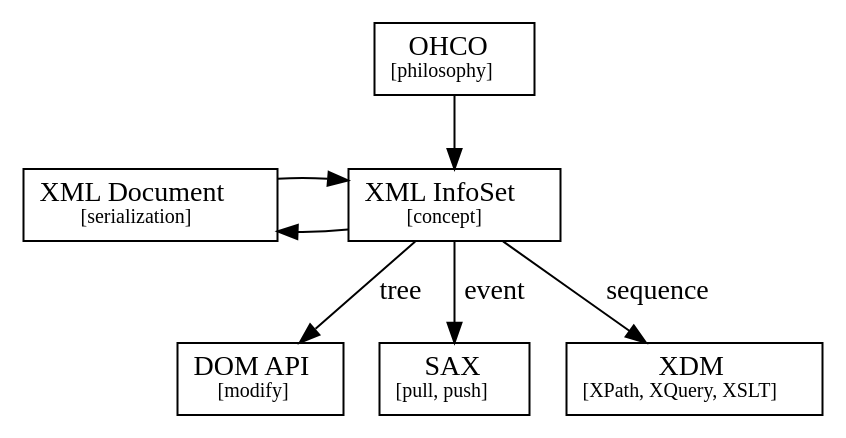
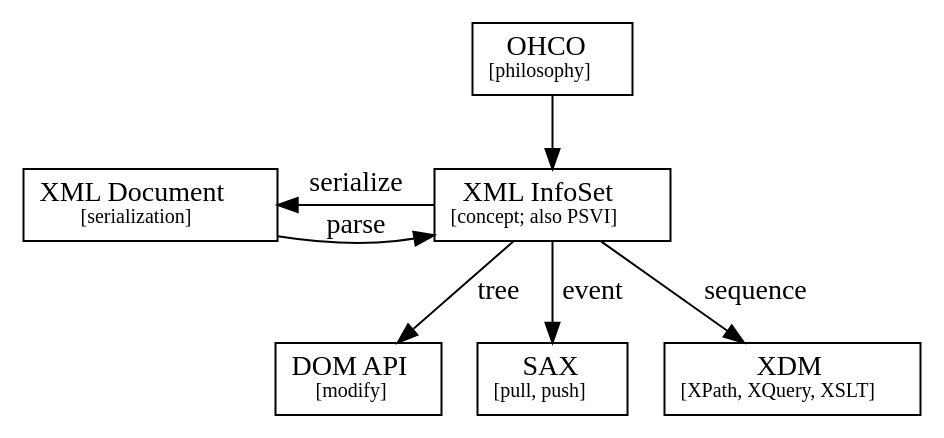
One commit to djbpitt/balisage_2017 changed the diagram in Balisage-1-3-xsl/xml-spec.dot. Above: the diagram before and after it, drawn with Graphviz. The commit also changed 2 other files, not shown here.

Commit message:
Fine-tuned xml-spec diagram

```diff
--- a/Balisage-1-3-xsl/xml-spec.dot
+++ b/Balisage-1-3-xsl/xml-spec.dot
@@ -1,19 +1,20 @@
 digraph G {
 	{ node [shape=box] 
 		{ rank = same; 
 			XML[label=<XML Document<BR /><FONT POINT-SIZE="10">[serialization]</FONT>>];
-			InfoSet[label=<XML InfoSet<BR /><FONT POINT-SIZE="10">[concept]</FONT>>]
+			InfoSet[label=<XML InfoSet<BR /><FONT POINT-SIZE="10">[concept; also PSVI]</FONT>>]
 		}
 		{ rank = same; 
 			DOM[label=<DOM API<BR /><FONT POINT-SIZE="10">[modify]</FONT>>]; 
 			SAX[label=<SAX<BR /><FONT POINT-SIZE="10">[pull, push]</FONT>>]; 
-			XDM[label=<XDM<BR /><FONT POINT-SIZE="10">[XPath, XQuery, XSLT]</FONT>>] }
+			XDM[label=<XDM<BR /><FONT POINT-SIZE="10">[XPath, XQuery, XSLT]</FONT>>] 
+		}
 		{ OHCO[label=<OHCO<BR /><FONT POINT-SIZE="10">[philosophy]</FONT>>]; }
 	}
-	OHCO -> InfoSet
-	InfoSet -> XML
-	XML -> InfoSet
+	OHCO -> InfoSet;
+	{ edge [label=serialize] InfoSet -> XML }
+	{ edge [label=parse] XML -> InfoSet }
 	{ edge [label=tree] InfoSet -> DOM }
 	{ edge [label=event] InfoSet -> SAX }
 	{ edge [label=sequence] InfoSet -> XDM }
 }
```
